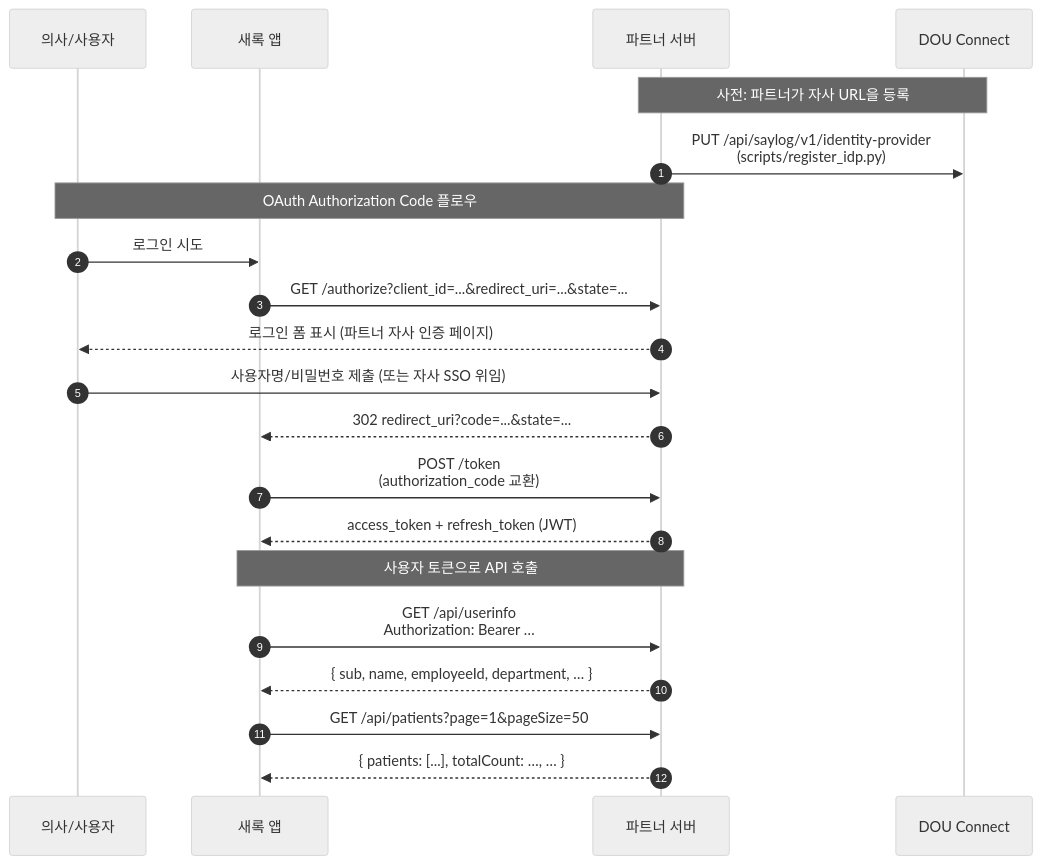
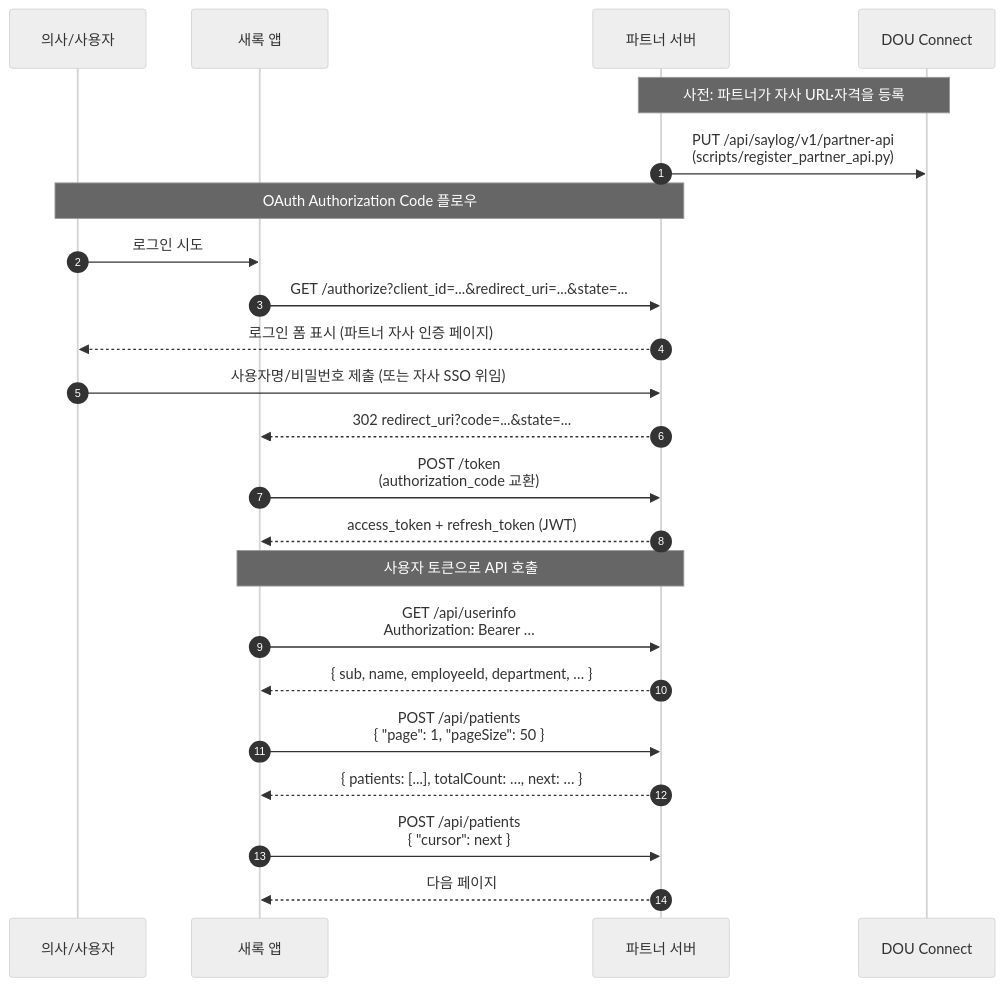
One commit to douinc/dou-connect-sample changed the second of 4 diagrams in README.md. Above: the diagram before and after it, drawn with Mermaid (neutral theme). The commit also changed other lines of this file and 3 other files, not shown here.

First line of the commit message:
docs(readme): 파트너 API 표준 v1.1 반영 — 두 흐름·POST+커서·직원 조회·서비스 토큰 검증

````diff
--- a/README.md
+++ b/README.md
@@ -73,26 +84,28 @@
 ```mermaid
 sequenceDiagram
     autonumber
     participant U as 의사/사용자
     participant App as 새록 앱
     participant P as 파트너 서버
     participant C as DOU Connect
 
-    Note over P,C: 사전: 파트너가 자사 URL을 등록
-    P->>C: PUT /api/saylog/v1/identity-provider<br/>(scripts/register_idp.py)
+    Note over P,C: 사전: 파트너가 자사 URL·자격을 등록
+    P->>C: PUT /api/saylog/v1/partner-api<br/>(scripts/register_partner_api.py)
 
     Note over U,P: OAuth Authorization Code 플로우
     U->>App: 로그인 시도
     App->>P: GET /authorize?client_id=...&redirect_uri=...&state=...
     P-->>U: 로그인 폼 표시 (파트너 자사 인증 페이지)
     U->>P: 사용자명/비밀번호 제출 (또는 자사 SSO 위임)
     P-->>App: 302 redirect_uri?code=...&state=...
     App->>P: POST /token<br/>(authorization_code 교환)
     P-->>App: access_token + refresh_token (JWT)
 
     Note over App,P: 사용자 토큰으로 API 호출
     App->>P: GET /api/userinfo<br/>Authorization: Bearer …
     P-->>App: { sub, name, employeeId, department, … }
-    App->>P: GET /api/patients?page=1&pageSize=50
-    P-->>App: { patients: [...], totalCount: …, … }
+    App->>P: POST /api/patients<br/>{ "page": 1, "pageSize": 50 }
+    P-->>App: { patients: [...], totalCount: …, next: … }
+    App->>P: POST /api/patients<br/>{ "cursor": next }
+    P-->>App: 다음 페이지
 ```
````
